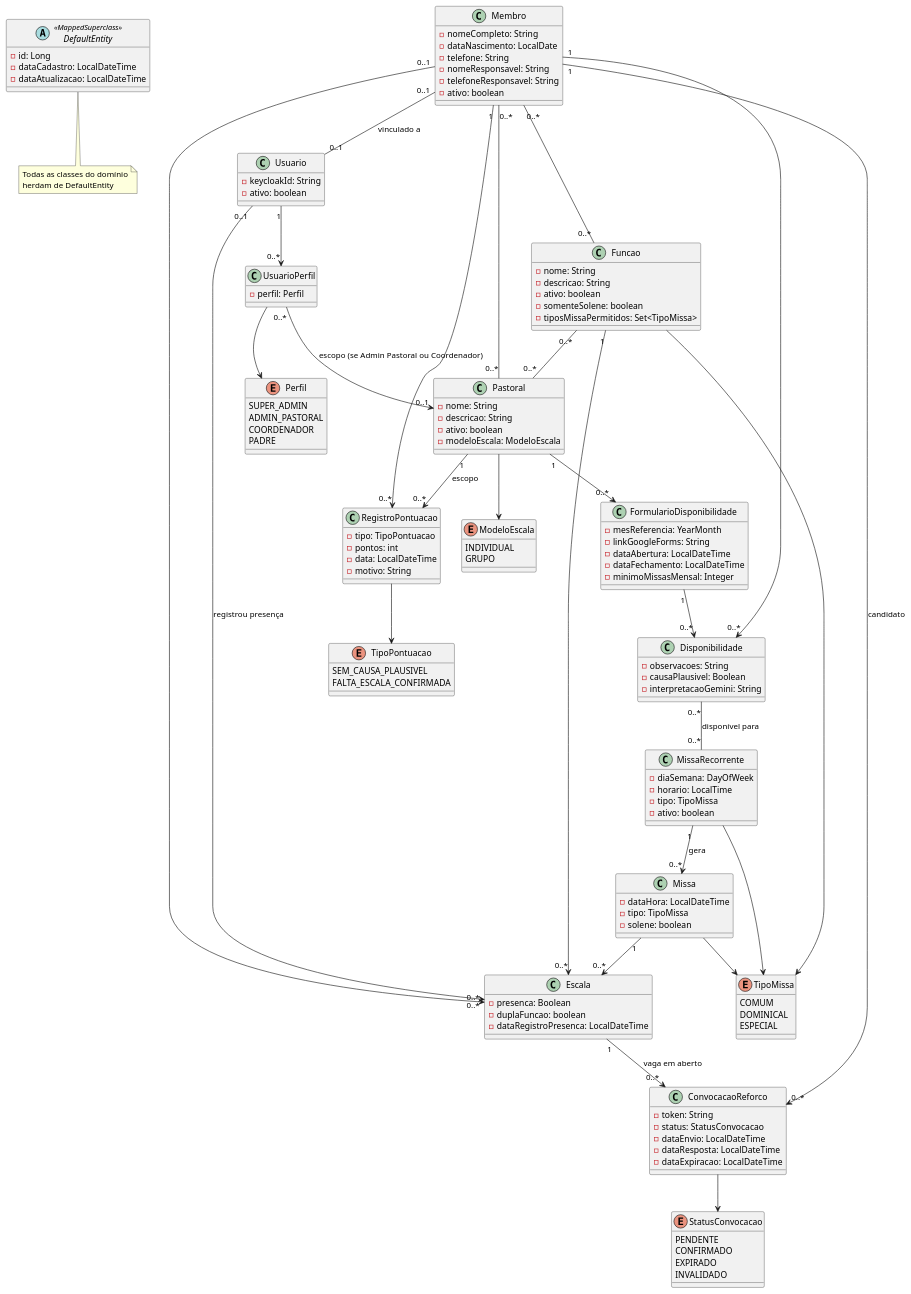
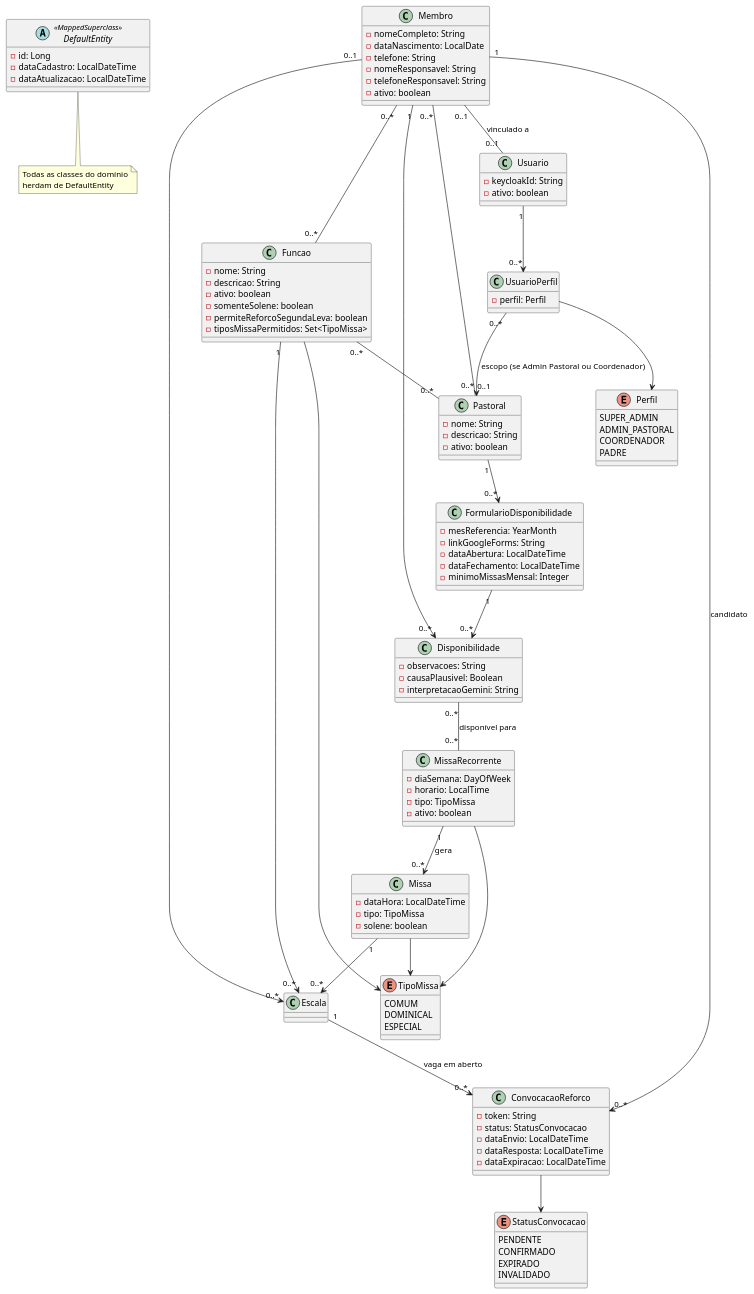
Before and after one commit to DaviRSuassuna/paroquia-sistema: the diagram in docs/diagramas/classes.plantuml, drawn with PlantUML.

Commit message:
atualizacao_diagrama_de_classes

```diff
--- a/docs/diagramas/classes.plantuml
+++ b/docs/diagramas/classes.plantuml
@@ -1,160 +1,134 @@
-@startuml DiagramaClasses
+@startuml classes
 
 abstract class DefaultEntity <<MappedSuperclass>> {
   - id: Long
   - dataCadastro: LocalDateTime
   - dataAtualizacao: LocalDateTime
 }
 
 note bottom of DefaultEntity
   Todas as classes do domínio
   herdam de DefaultEntity
 end note
 
 enum TipoMissa {
   COMUM
   DOMINICAL
   ESPECIAL
 }
 
 enum Perfil {
   SUPER_ADMIN
   ADMIN_PASTORAL
   COORDENADOR
   PADRE
 }
 
-enum ModeloEscala {
-  INDIVIDUAL
-  GRUPO
-}
-
 enum StatusConvocacao {
   PENDENTE
   CONFIRMADO
   EXPIRADO
   INVALIDADO
-}
-
-enum TipoPontuacao {
-  SEM_CAUSA_PLAUSIVEL
-  FALTA_ESCALA_CONFIRMADA
 }
 
 class Membro {
   - nomeCompleto: String
   - dataNascimento: LocalDate
   - telefone: String
   - nomeResponsavel: String
   - telefoneResponsavel: String
   - ativo: boolean
 }
 
 class Pastoral {
   - nome: String
   - descricao: String
   - ativo: boolean
-  - modeloEscala: ModeloEscala
 }
 
 class Funcao {
   - nome: String
   - descricao: String
   - ativo: boolean
   - somenteSolene: boolean
+  - permiteReforcoSegundaLeva: boolean
   - tiposMissaPermitidos: Set<TipoMissa>
 }
 
 class MissaRecorrente {
   - diaSemana: DayOfWeek
   - horario: LocalTime
   - tipo: TipoMissa
   - ativo: boolean
 }
 
 class Missa {
   - dataHora: LocalDateTime
   - tipo: TipoMissa
   - solene: boolean
 }
 
 class Escala {
-  - presenca: Boolean
-  - duplaFuncao: boolean
-  - dataRegistroPresenca: LocalDateTime
 }
 
 class FormularioDisponibilidade {
   - mesReferencia: YearMonth
   - linkGoogleForms: String
   - dataAbertura: LocalDateTime
   - dataFechamento: LocalDateTime
   - minimoMissasMensal: Integer
 }
 
 class Disponibilidade {
   - observacoes: String
   - causaPlausivel: Boolean
   - interpretacaoGemini: String
 }
 
 class ConvocacaoReforco {
   - token: String
   - status: StatusConvocacao
   - dataEnvio: LocalDateTime
   - dataResposta: LocalDateTime
   - dataExpiracao: LocalDateTime
 }
 
-class RegistroPontuacao {
-  - tipo: TipoPontuacao
-  - pontos: int
-  - data: LocalDateTime
-  - motivo: String
-}
-
 class Usuario {
   - keycloakId: String
   - ativo: boolean
 }
 
 class UsuarioPerfil {
   - perfil: Perfil
 }
 
 Membro "0..*" -- "0..*" Pastoral
 Membro "0..*" -- "0..*" Funcao
 Funcao "0..*" -- "0..*" Pastoral
 
 Missa "1" --> "0..*" Escala
 Membro "0..1" --> "0..*" Escala
 Funcao "1" --> "0..*" Escala
-Usuario "0..1" --> "0..*" Escala : registrou presença
 
 MissaRecorrente "1" --> "0..*" Missa : gera
 
 Pastoral "1" --> "0..*" FormularioDisponibilidade
 FormularioDisponibilidade "1" --> "0..*" Disponibilidade
 Membro "1" --> "0..*" Disponibilidade
 Disponibilidade "0..*" -- "0..*" MissaRecorrente : disponível para
 
 Escala "1" --> "0..*" ConvocacaoReforco : vaga em aberto
 Membro "1" --> "0..*" ConvocacaoReforco : candidato
 
-Membro "1" --> "0..*" RegistroPontuacao
-Pastoral "1" --> "0..*" RegistroPontuacao : escopo
-
 Membro "0..1" -- "0..1" Usuario : vinculado a
 
 Usuario "1" --> "0..*" UsuarioPerfil
 UsuarioPerfil "0..*" --> "0..1" Pastoral : escopo (se Admin Pastoral ou Coordenador)
 
 Missa --> TipoMissa
 MissaRecorrente --> TipoMissa
 Funcao --> TipoMissa
 UsuarioPerfil --> Perfil
-Pastoral --> ModeloEscala
 ConvocacaoReforco --> StatusConvocacao
-RegistroPontuacao --> TipoPontuacao
 
 @enduml
```
